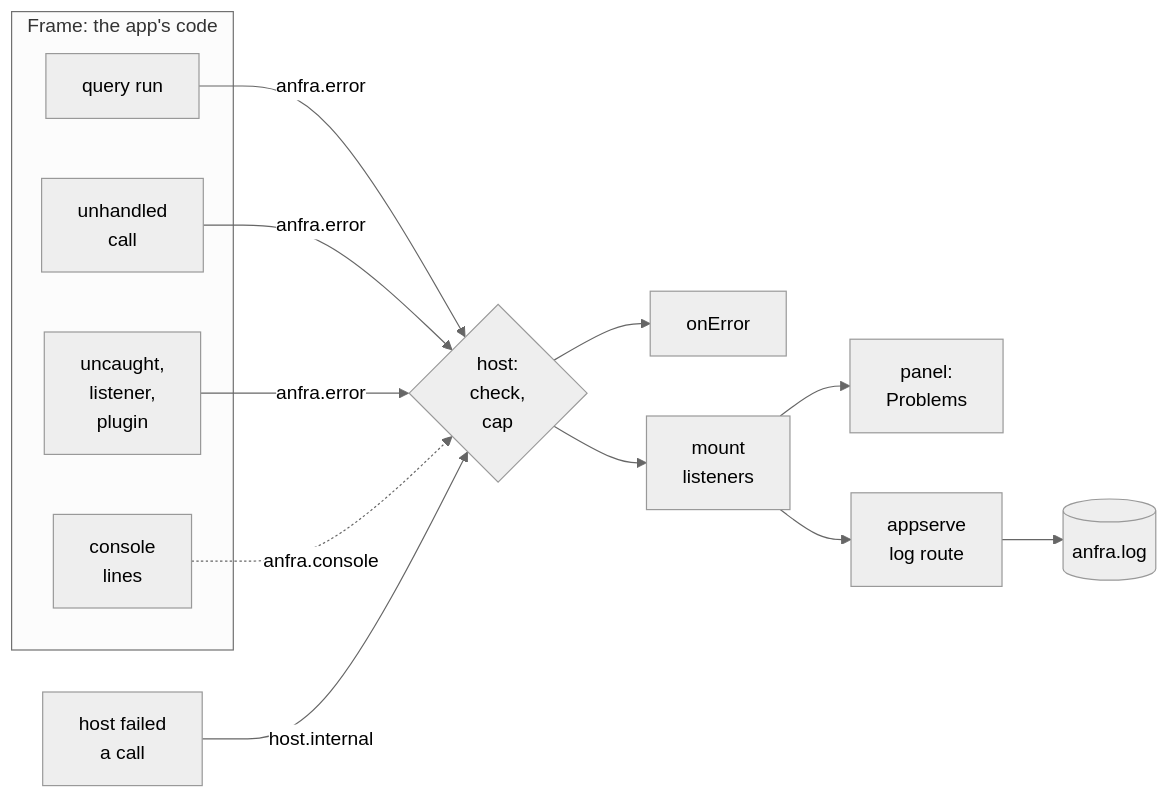
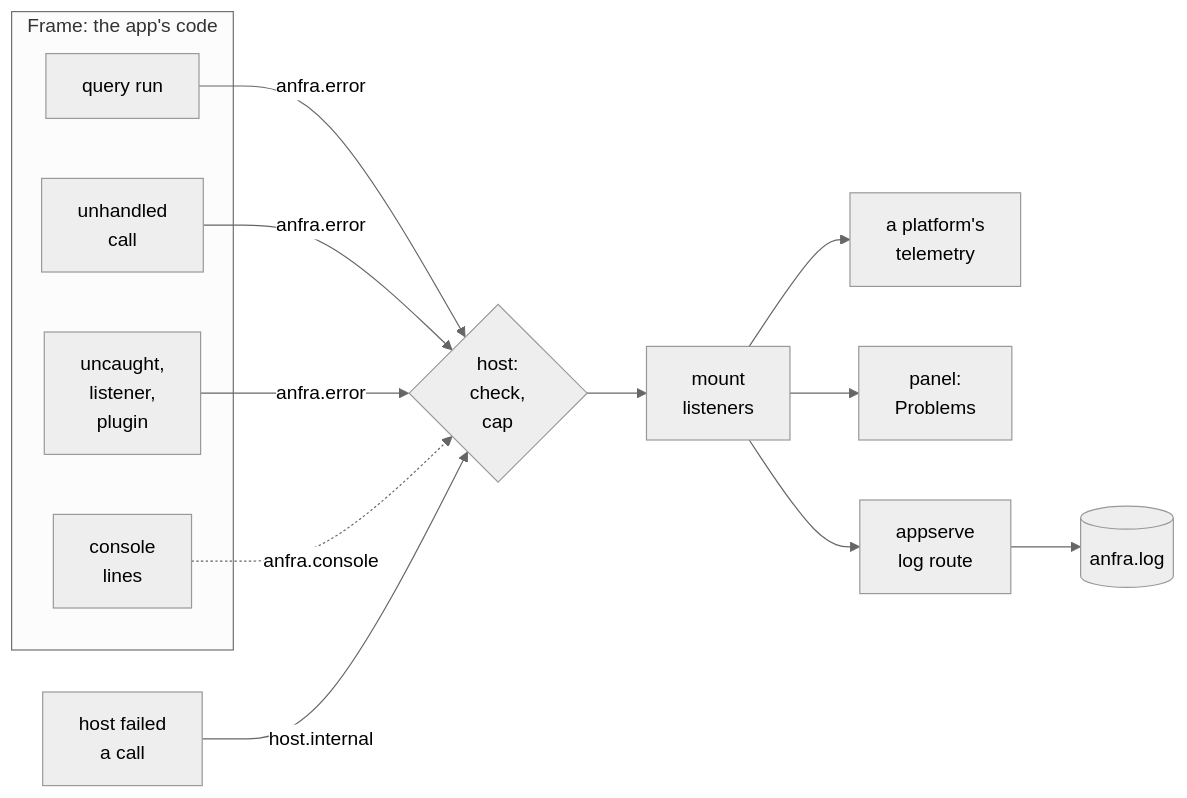
The diagram in docs/designs/errors/data-apps.md (holistics/anfra), drawn with Mermaid (neutral theme) before and after one commit. The commit also changed other lines of this file and 5 other files, not shown here.

````diff
--- a/docs/designs/errors/data-apps.md
+++ b/docs/designs/errors/data-apps.md
@@ -36,21 +36,21 @@
 ```mermaid
 flowchart LR
   subgraph frame["Frame: the app's code"]
     Q["query run"]
     C["unhandled<br/>call"]
     U["uncaught,<br/>listener,<br/>plugin"]
     K["console<br/>lines"]
   end
   HI["host failed<br/>a call"]
   H{"host:<br/>check,<br/>cap"}
   Q -->|anfra.error| H
   C -->|anfra.error| H
   U -->|anfra.error| H
   K -.->|anfra.console| H
   HI -->|host.internal| H
-  H --> OE["onError"]
   H --> ON["mount<br/>listeners"]
+  ON --> T["a platform's<br/>telemetry"]
   ON --> P["panel:<br/>Problems"]
   ON --> L["appserve<br/>log route"]
   L --> LOG[("anfra.log")]
 ```
````
